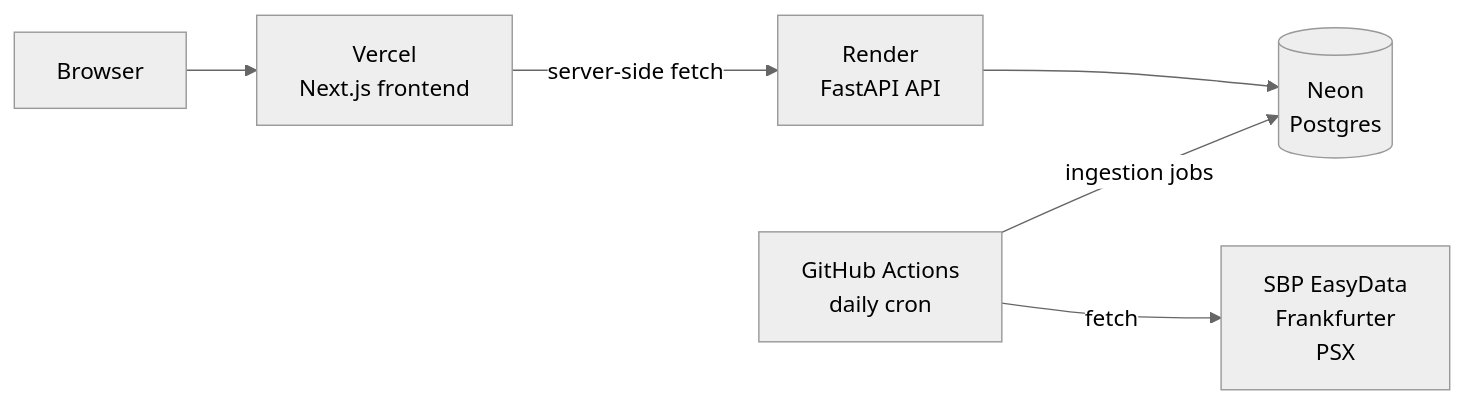
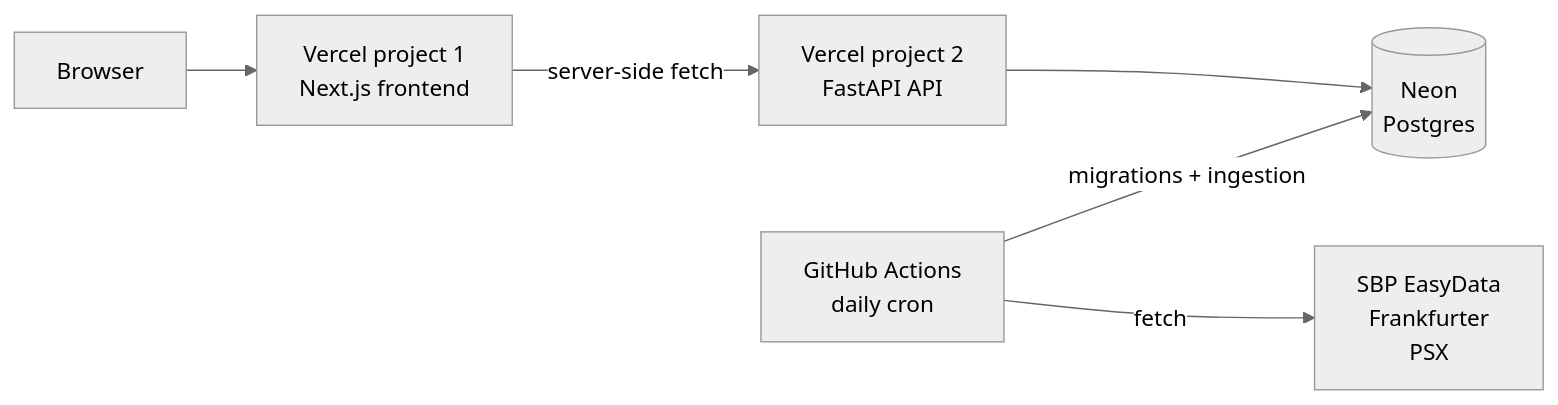
One commit to Abdullah-Akmal/BachatCheck changed the diagram in DEPLOY.md. Above: the diagram before and after it, drawn with Mermaid (neutral theme). The commit also changed other lines of this file and 4 other files, not shown here.

Commit message:
docs: Neon + Vercel + GitHub Actions deployment guide

````diff
--- a/DEPLOY.md
+++ b/DEPLOY.md
@@ -6,8 +6,8 @@
 ```mermaid
 flowchart LR
-  U[Browser] --> V[Vercel<br/>Next.js frontend]
-  V -- server-side fetch --> R[Render<br/>FastAPI API]
-  R --> N[(Neon<br/>Postgres)]
-  G[GitHub Actions<br/>daily cron] -- ingestion jobs --> N
+  U[Browser] --> W[Vercel project 1<br/>Next.js frontend]
+  W -- server-side fetch --> A[Vercel project 2<br/>FastAPI API]
+  A --> N[(Neon<br/>Postgres)]
+  G[GitHub Actions<br/>daily cron] -- migrations + ingestion --> N
   G -- fetch --> S[SBP EasyData<br/>Frankfurter<br/>PSX]
 ```
````
